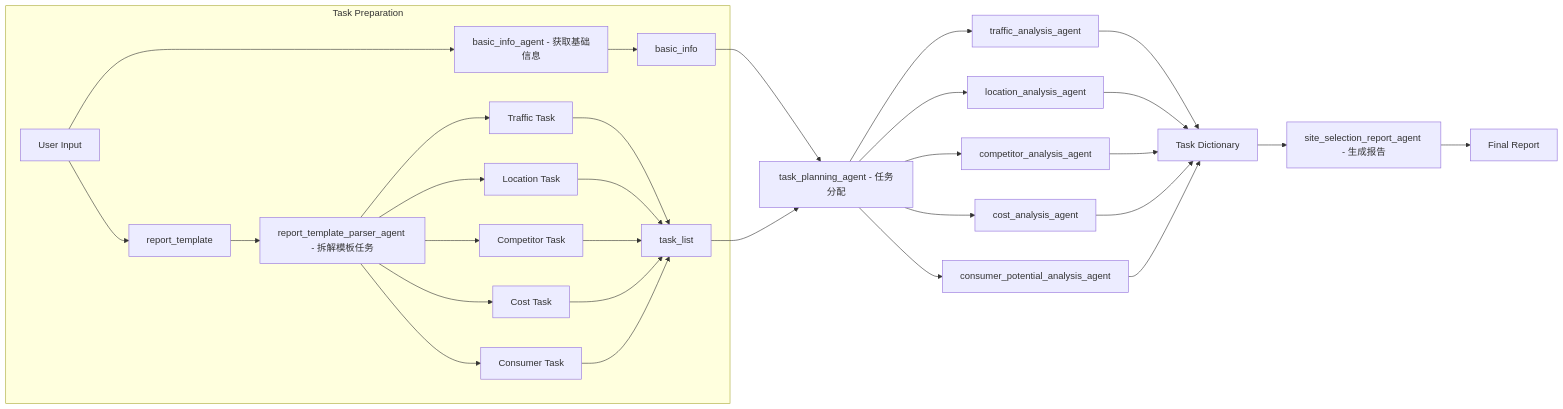
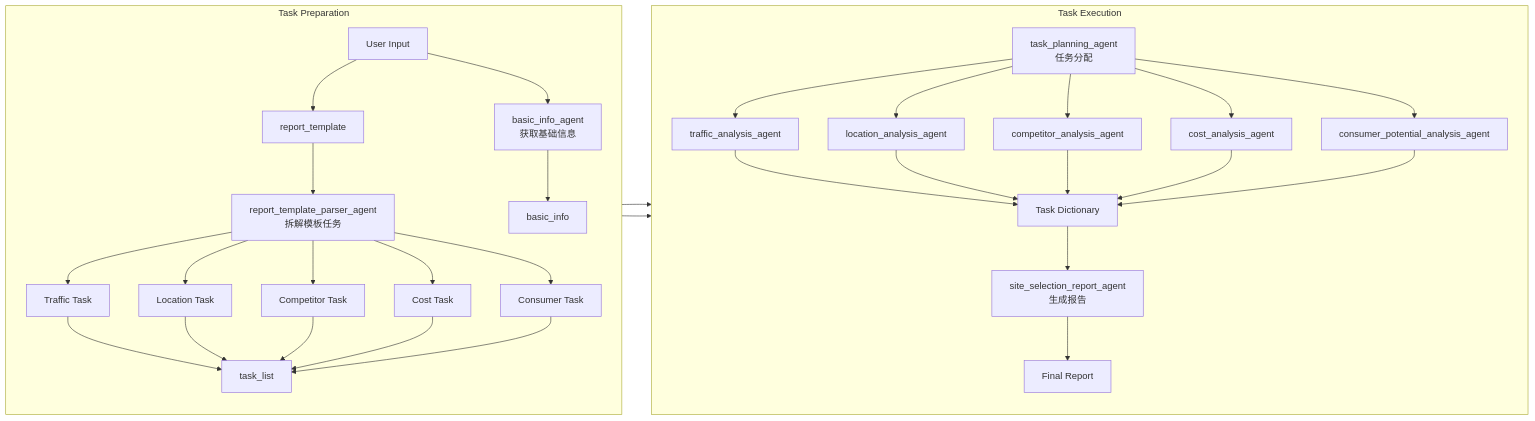
One commit to SLYASINLK/auto_report_generation changed the diagram in README.md. Above: the diagram before and after it, drawn with Mermaid. The commit also changed other lines of this file, not shown here.

Commit message:
2025-04-07-2

````diff
--- a/README.md
+++ b/README.md
@@ -12,40 +12,45 @@
 ```mermaid
 graph LR
 
+    %% ===== Subgraph: User Input & Task Preparation =====
     subgraph Task Preparation
-        A[User Input] --> B[basic_info_agent - 获取基础信息]
-        A --> D1[report_template] --> D2[report_template_parser_agent - 拆解模板任务]
+        direction TB
+        A[User Input] --> B[basic_info_agent<br>获取基础信息]
+        A --> D1[report_template] --> D2[report_template_parser_agent<br>拆解模板任务]
 
         B --> X[basic_info]
-
         D2 --> E1[Traffic Task]
         D2 --> E2[Location Task]
         D2 --> E3[Competitor Task]
         D2 --> E4[Cost Task]
         D2 --> E5[Consumer Task]
 
         E1 --> Y[task_list]
         E2 --> Y
         E3 --> Y
         E4 --> Y
         E5 --> Y
     end
 
-    X --> F[task_planning_agent - 任务分配]
-    Y --> F
+    %% ===== Subgraph: Task Execution =====
+    subgraph Task Execution
+        direction TB
+        X --> F[task_planning_agent<br>任务分配]
+        Y --> F
 
-    F --> G1[traffic_analysis_agent]
-    F --> G2[location_analysis_agent]
-    F --> G3[competitor_analysis_agent]
-    F --> G4[cost_analysis_agent]
-    F --> G5[consumer_potential_analysis_agent]
+        F --> G1[traffic_analysis_agent]
+        F --> G2[location_analysis_agent]
+        F --> G3[competitor_analysis_agent]
+        F --> G4[cost_analysis_agent]
+        F --> G5[consumer_potential_analysis_agent]
 
-    G1 --> T[Task Dictionary]
-    G2 --> T
-    G3 --> T
-    G4 --> T
-    G5 --> T
+        G1 --> T[Task Dictionary]
+        G2 --> T
+        G3 --> T
+        G4 --> T
+        G5 --> T
 
-    T --> H[site_selection_report_agent - 生成报告]
-    H --> I[Final Report]
+        T --> H[site_selection_report_agent<br>生成报告]
+        H --> I[Final Report]
+    end
 ```
````
